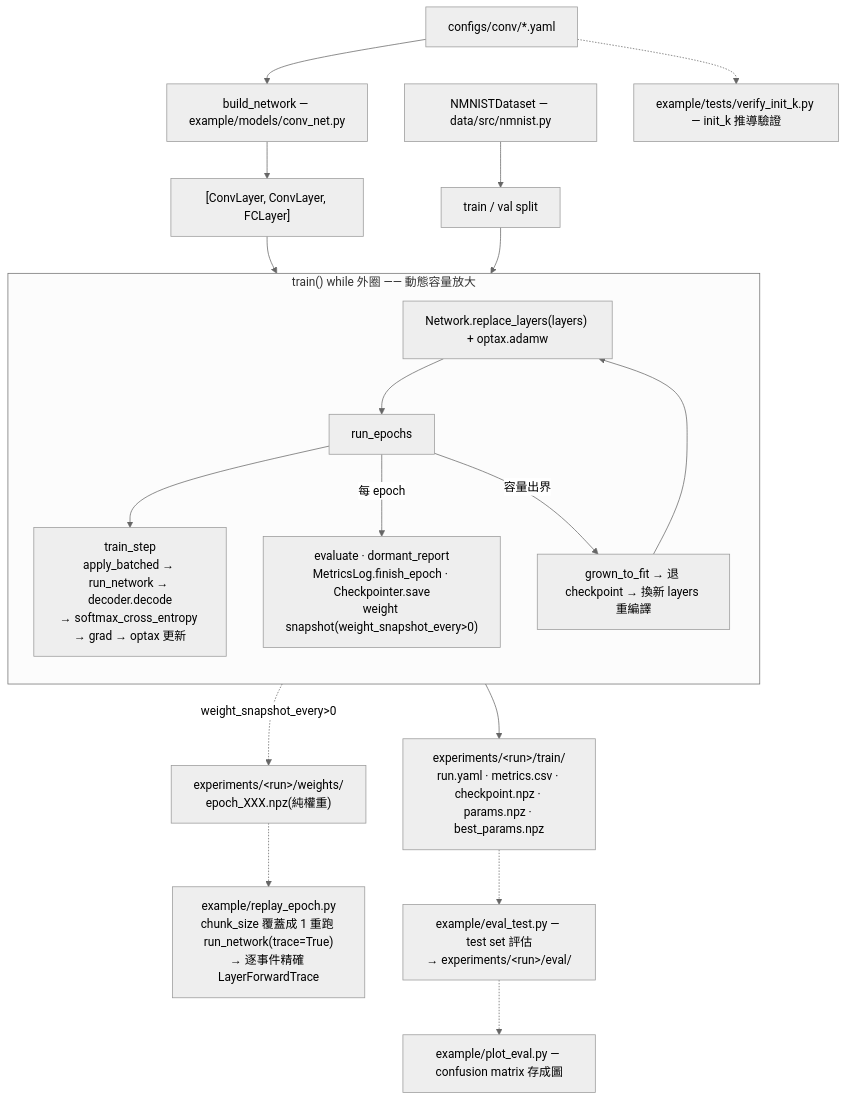
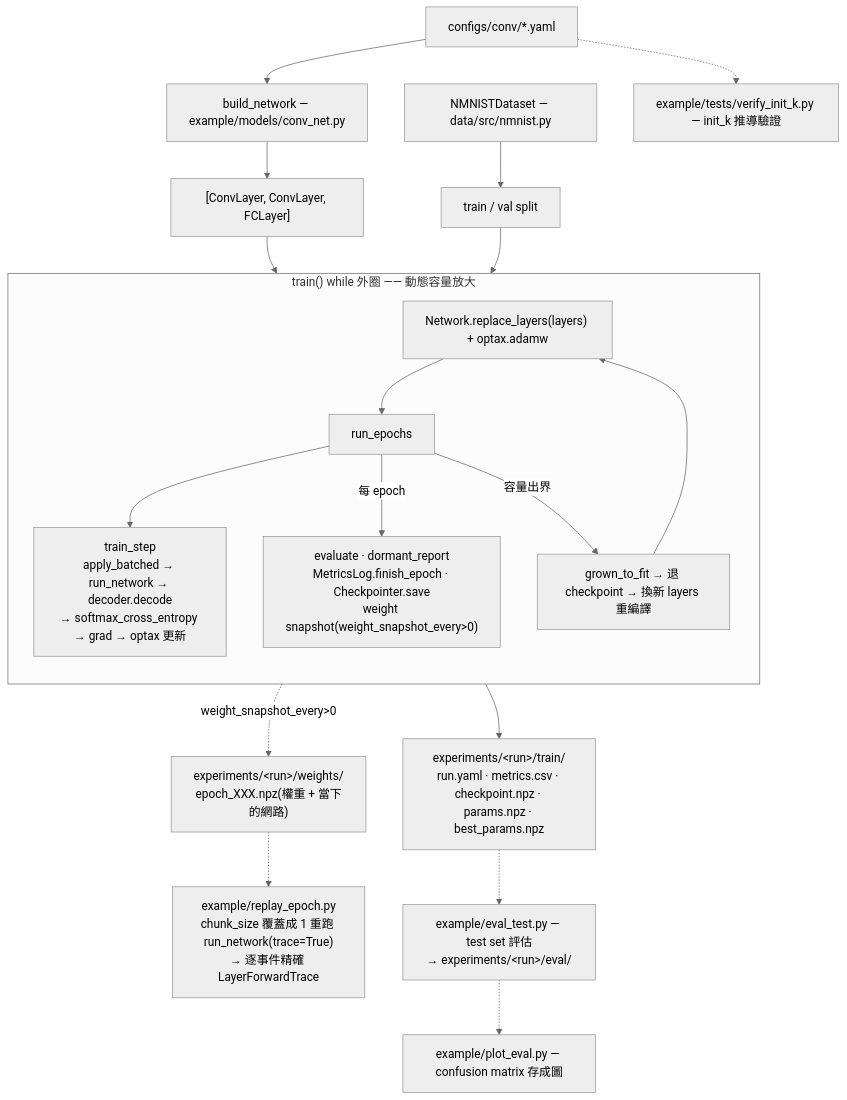
The second of 2 diagrams in docs/架構.md (Salt-Shio/Spiking-Affine-Lazy-Training), drawn with Mermaid (neutral theme) before and after one commit. The commit also changed other lines of this file and 39 other files, not shown here.

````diff
--- a/docs/架構.md
+++ b/docs/架構.md
@@ -95,24 +96,24 @@
 ```mermaid
 flowchart TD
     CFG["configs/conv/*.yaml"] --> BN["build_network — example/models/conv_net.py"]
     BN --> LAYERS["[ConvLayer, ConvLayer, FCLayer]"]
     DS["NMNISTDataset — data/src/nmnist.py"] --> SPLIT["train / val split"]
 
     LAYERS --> WHILE
     SPLIT --> WHILE
     subgraph WHILE["train() while 外圈 —— 動態容量放大"]
         direction TB
         NET["Network.replace_layers(layers) + optax.adamw"] --> RE["run_epochs"]
         RE --> TS["train_step<br/>apply_batched → run_network → decoder.decode<br/>→ softmax_cross_entropy → grad → optax 更新"]
         RE -->|"每 epoch"| PE["evaluate · dormant_report<br/>MetricsLog.finish_epoch · Checkpointer.save<br/>weight snapshot(weight_snapshot_every>0)"]
         RE -->|"容量出界"| GROW["grown_to_fit → 退 checkpoint → 換新 layers 重編譯"]
         GROW --> NET
     end
     WHILE --> OUT["experiments/&lt;run&gt;/train/<br/>run.yaml · metrics.csv · checkpoint.npz · params.npz · best_params.npz"]
-    WHILE -.->|"weight_snapshot_every>0"| WOUT["experiments/&lt;run&gt;/weights/<br/>epoch_XXX.npz(純權重)"]
+    WHILE -.->|"weight_snapshot_every>0"| WOUT["experiments/&lt;run&gt;/weights/<br/>epoch_XXX.npz(權重 + 當下的網路)"]
     WOUT -.-> REPLAY["example/replay_epoch.py<br/>chunk_size 覆蓋成 1 重跑 run_network(trace=True)<br/>→ 逐事件精確 LayerForwardTrace"]
 
     OUT -.-> EVAL["example/eval_test.py — test set 評估<br/>→ experiments/&lt;run&gt;/eval/"]
     EVAL -.-> PLOT["example/plot_eval.py — confusion matrix 存成圖"]
     CFG -.-> VER["example/tests/verify_init_k.py — init_k 推導驗證"]
 ```
````
